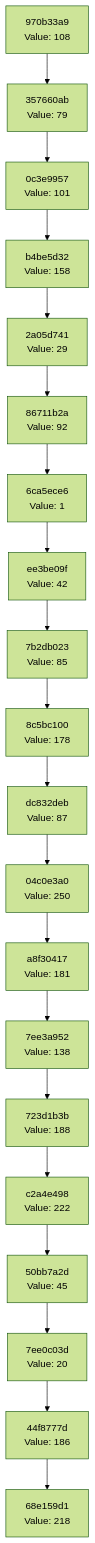
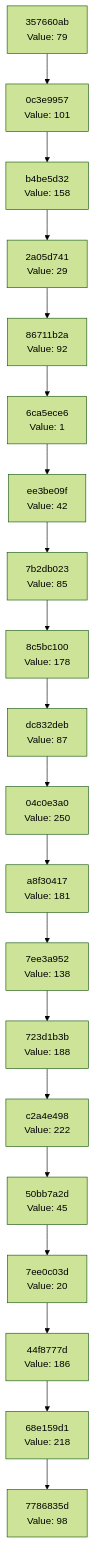
Before and after one commit to Abhisheksinha1506/hash-chain-evolver: the diagram in docs/CHAIN_VISUALIZATION.md, drawn with Mermaid (forest theme). The commit also changed 3 other files, not shown here.

````diff
--- a/docs/CHAIN_VISUALIZATION.md
+++ b/docs/CHAIN_VISUALIZATION.md
@@ -3,42 +3,42 @@
 ```mermaid
 graph TD
-    C0["68e159d1<br/>Value: 218"]
-    C1["44f8777d<br/>Value: 186"]
+    C0["7786835d<br/>Value: 98"]
+    C1["68e159d1<br/>Value: 218"]
     C1 --> C0
-    C2["7ee0c03d<br/>Value: 20"]
+    C2["44f8777d<br/>Value: 186"]
     C2 --> C1
-    C3["50bb7a2d<br/>Value: 45"]
+    C3["7ee0c03d<br/>Value: 20"]
     C3 --> C2
-    C4["c2a4e498<br/>Value: 222"]
+    C4["50bb7a2d<br/>Value: 45"]
     C4 --> C3
-    C5["723d1b3b<br/>Value: 188"]
+    C5["c2a4e498<br/>Value: 222"]
     C5 --> C4
-    C6["7ee3a952<br/>Value: 138"]
+    C6["723d1b3b<br/>Value: 188"]
     C6 --> C5
-    C7["a8f30417<br/>Value: 181"]
+    C7["7ee3a952<br/>Value: 138"]
     C7 --> C6
-    C8["04c0e3a0<br/>Value: 250"]
+    C8["a8f30417<br/>Value: 181"]
     C8 --> C7
-    C9["dc832deb<br/>Value: 87"]
+    C9["04c0e3a0<br/>Value: 250"]
     C9 --> C8
-    C10["8c5bc100<br/>Value: 178"]
+    C10["dc832deb<br/>Value: 87"]
     C10 --> C9
-    C11["7b2db023<br/>Value: 85"]
+    C11["8c5bc100<br/>Value: 178"]
     C11 --> C10
-    C12["ee3be09f<br/>Value: 42"]
+    C12["7b2db023<br/>Value: 85"]
     C12 --> C11
-    C13["6ca5ece6<br/>Value: 1"]
+    C13["ee3be09f<br/>Value: 42"]
     C13 --> C12
-    C14["86711b2a<br/>Value: 92"]
+    C14["6ca5ece6<br/>Value: 1"]
     C14 --> C13
-    C15["2a05d741<br/>Value: 29"]
+    C15["86711b2a<br/>Value: 92"]
     C15 --> C14
-    C16["b4be5d32<br/>Value: 158"]
+    C16["2a05d741<br/>Value: 29"]
     C16 --> C15
-    C17["0c3e9957<br/>Value: 101"]
+    C17["b4be5d32<br/>Value: 158"]
     C17 --> C16
-    C18["357660ab<br/>Value: 79"]
+    C18["0c3e9957<br/>Value: 101"]
     C18 --> C17
-    C19["970b33a9<br/>Value: 108"]
+    C19["357660ab<br/>Value: 79"]
     C19 --> C18
 ```
````
